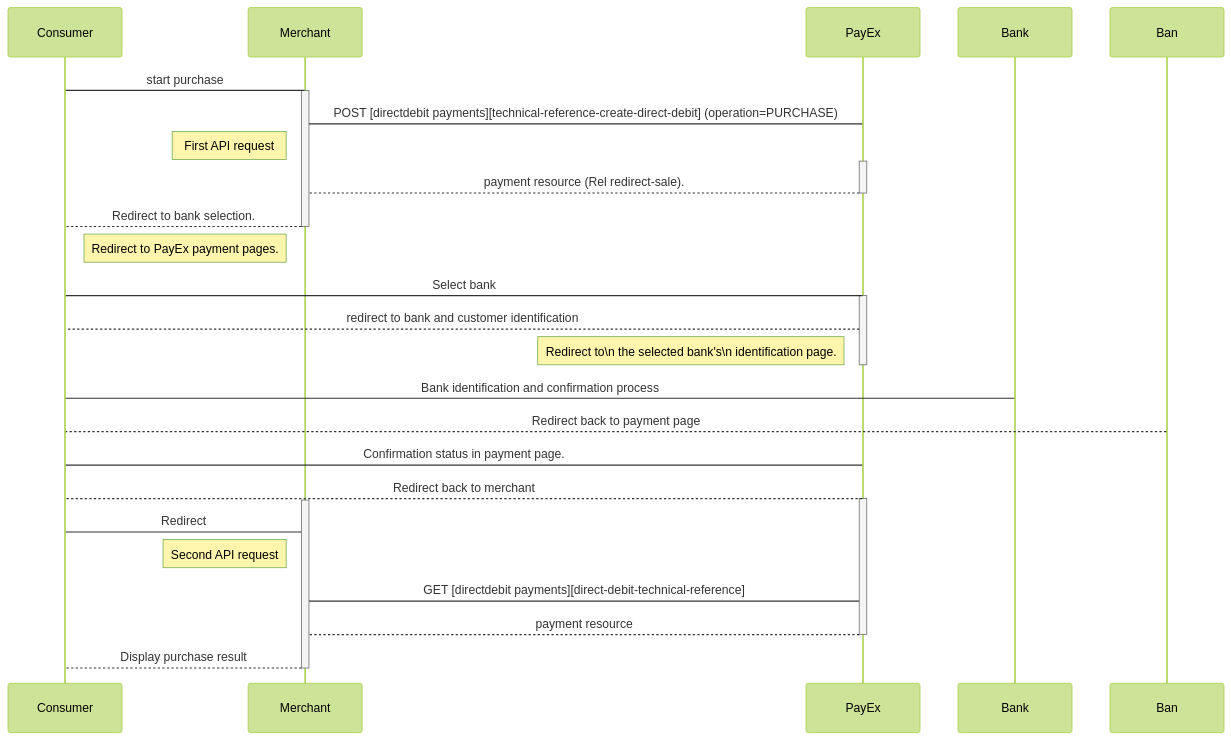
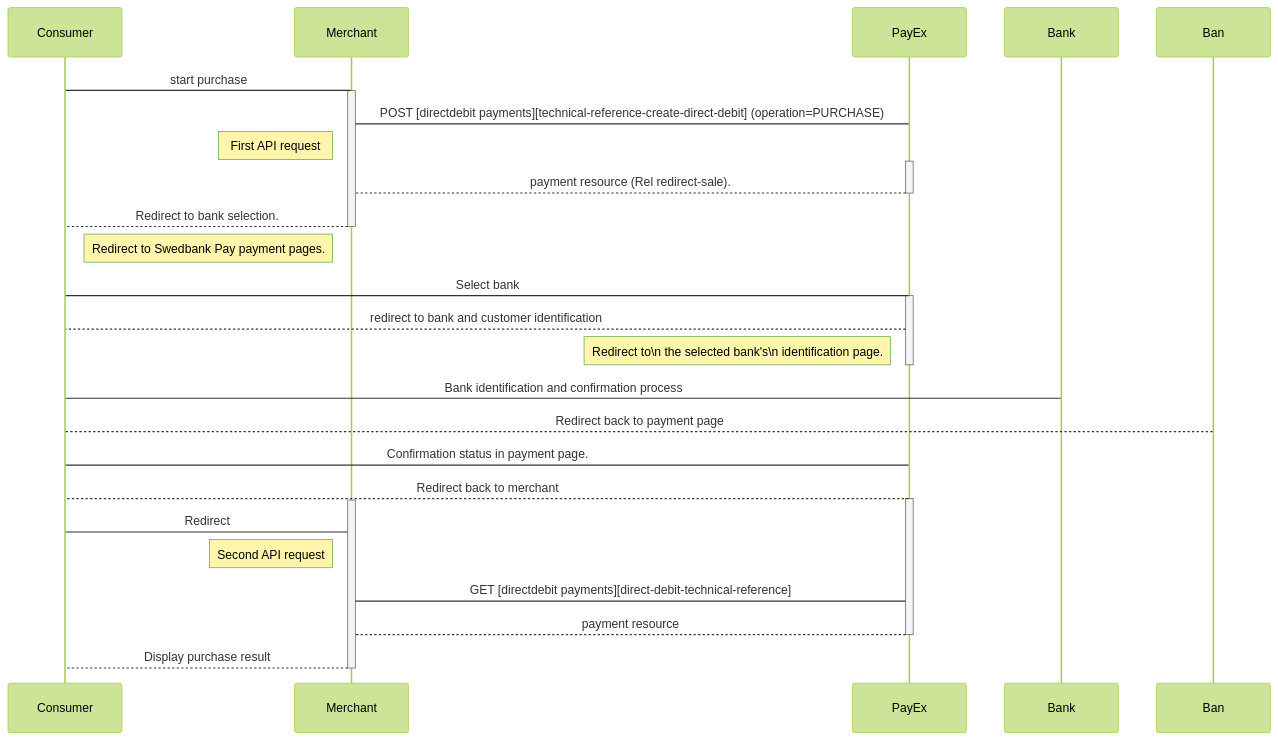
The first of 3 diagrams in payments/direct-debit/index.md (SwedbankPay/developer.swedbankpay.com), drawn with Mermaid (forest theme) before and after one commit. The commit also changed other lines of this file and 39 other files, not shown here.

Commit message:
Replaced most occurrences of `PayEx` with `Swedbank Pay`

````diff
--- a/payments/direct-debit/index.md
+++ b/payments/direct-debit/index.md
@@ -68,35 +68,35 @@
 ```mermaid
 sequenceDiagram
   Consumer->Merchant: start purchase
   Activate Merchant
   Merchant->PayEx: POST [directdebit payments][technical-reference-create-direct-debit]  (operation=PURCHASE)
   note left of Merchant: First API request
   Activate PayEx
   PayEx-->Merchant: payment resource (Rel redirect-sale).
   Deactivate PayEx
 
   Merchant-->Consumer: Redirect to bank selection.
   Deactivate Merchant
-  note left of Merchant: Redirect to PayEx payment pages.
+  note left of Merchant: Redirect to Swedbank Pay payment pages.
   Consumer->PayEx: Select bank
   Activate PayEx
   
   PayEx-->Consumer: redirect to bank and customer identification
   note left of PayEx: Redirect to\n the selected bank's\n identification page.
   Deactivate PayEx
 
   Consumer-> Bank: Bank identification and confirmation process
   Ban-->Consumer: Redirect back to payment page
 
   Consumer->PayEx: Confirmation status in payment page.
   PayEx-->Consumer: Redirect back to merchant
   Activate PayEx
   Activate Merchant
   Consumer->Merchant : Redirect
   note left of Merchant: Second API request 
   Merchant->PayEx: GET [directdebit payments][direct-debit-technical-reference]
   PayEx-->Merchant: payment resource
   Deactivate PayEx
   Merchant-->Consumer: Display purchase result
   Deactivate Merchant
 ```
````
